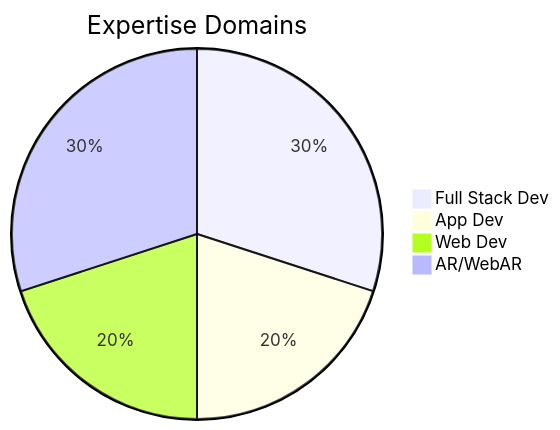
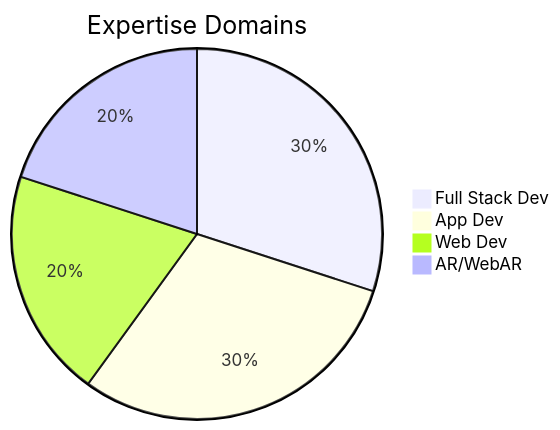
One commit to Aswinraj040/Aswinraj040 changed the diagram in README.md. Above: the diagram before and after it, drawn with Mermaid. The commit also changed other lines of this file, not shown here.

````diff
--- a/README.md
+++ b/README.md
@@ -30,8 +29,8 @@
 ```mermaid
 pie
     title Expertise Domains
     "Full Stack Dev": 30
-    "App Dev": 20
+    "App Dev": 30
     "Web Dev": 20
-    "AR/WebAR": 30
+    "AR/WebAR": 20
 ```
````
